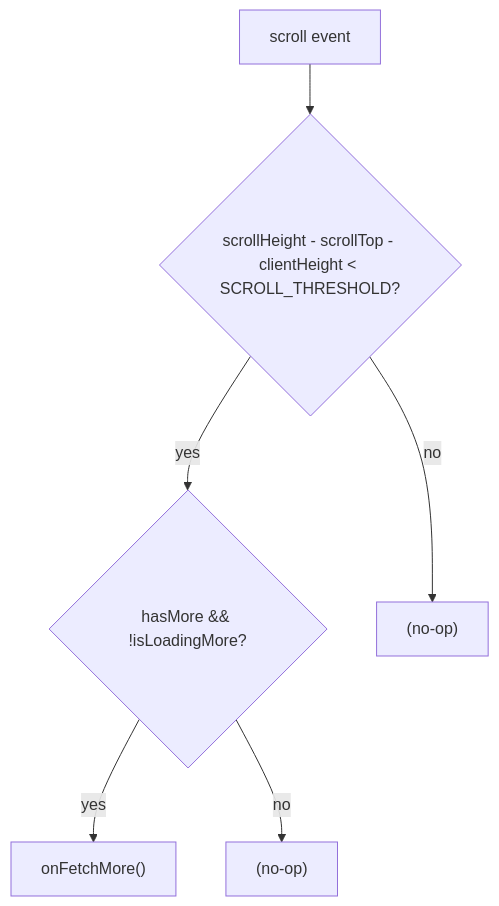
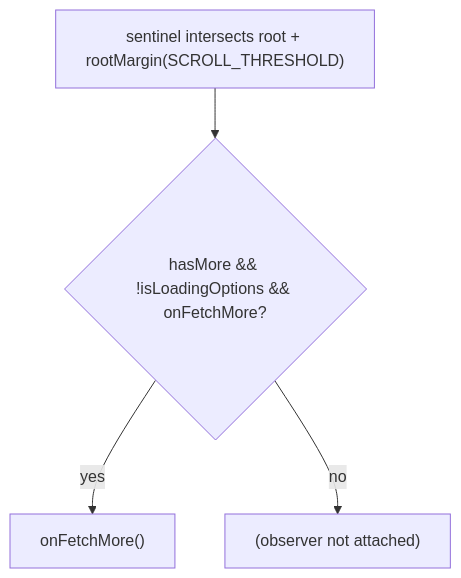
One commit to luciocabrera/lcabrera-stack changed the fourth of 4 diagrams in apps/react-router/src/components/VirtualList/ARCHITECTURE.md. Above: the diagram before and after it, drawn with Mermaid. The commit also changed other lines of this file and 17 other files, not shown here.

````diff
--- a/apps/react-router/src/components/VirtualList/ARCHITECTURE.md
+++ b/apps/react-router/src/components/VirtualList/ARCHITECTURE.md
@@ -155,8 +161,6 @@
 ```mermaid
 graph TD
-  Scroll["scroll event"] --> Check{"scrollHeight - scrollTop - clientHeight < SCROLL_THRESHOLD?"}
-  Check -->|yes| HasMore{"hasMore && !isLoadingMore?"}
+  Sentinel["sentinel intersects root + rootMargin(SCROLL_THRESHOLD)"] --> HasMore{"hasMore && !isLoadingOptions && onFetchMore?"}
   HasMore -->|yes| Fetch["onFetchMore()"]
-  HasMore -->|no| Skip["(no-op)"]
-  Check -->|no| Skip2["(no-op)"]
+  HasMore -->|no| Skip["(observer not attached)"]
 ```
````
